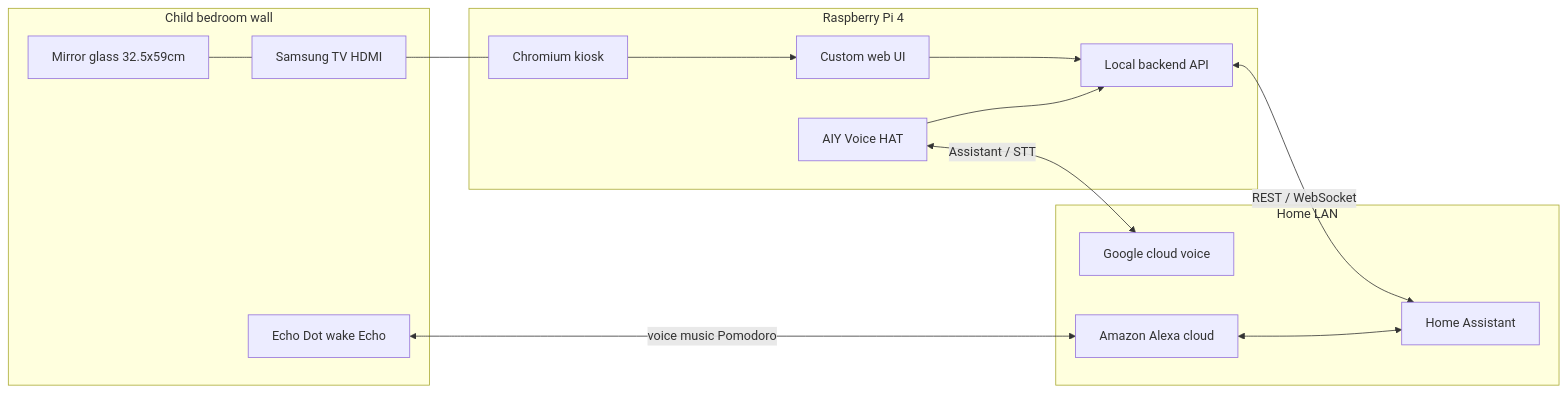
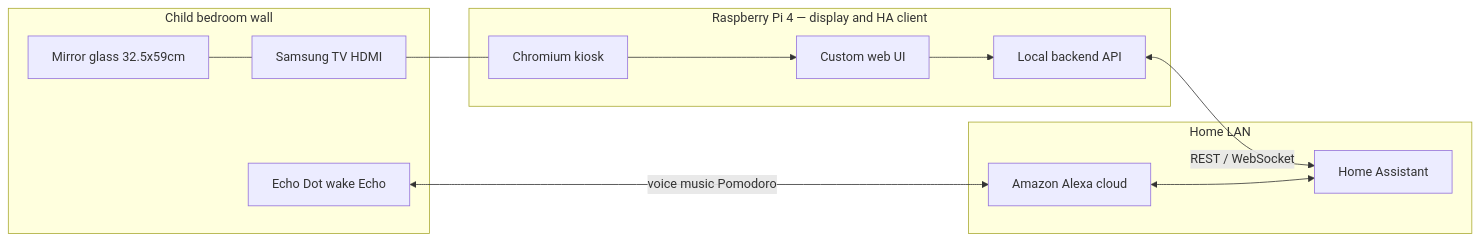
Before and after one commit to mattschoenholz/magic-mirror: the diagram in docs/ARCHITECTURE.md, drawn with Mermaid. The commit also changed other lines of this file and 14 other files, not shown here.

First line of the commit message:
docs: v1 Pi display+HA only; Echo-only voice; AIY deferred; FR-009 tiles todo/calendar/weather

````diff
--- a/docs/ARCHITECTURE.md
+++ b/docs/ARCHITECTURE.md
@@ -10,28 +10,24 @@
 ```mermaid
 flowchart LR
-  subgraph pi [Raspberry Pi 4]
+  subgraph pi [Raspberry Pi 4 — display and HA client]
     CH[Chromium kiosk]
     WEB[Custom web UI]
     API[Local backend API]
-    HAT[AIY Voice HAT]
   end
   subgraph room [Child bedroom wall]
     MG[Mirror glass 32.5x59cm]
     DISP[Samsung TV HDMI]
     ECHO[Echo Dot wake Echo]
   end
   subgraph home [Home LAN]
     HA[Home Assistant]
-    GC[Google cloud voice]
     AMZ[Amazon Alexa cloud]
   end
   MG --- DISP
   DISP --- CH
   CH --> WEB
   WEB --> API
   API <-->|REST / WebSocket| HA
-  HAT <-->|Assistant / STT| GC
-  HAT --> API
   ECHO <-->|voice music Pomodoro| AMZ
   AMZ <--> HA
 ```
````
